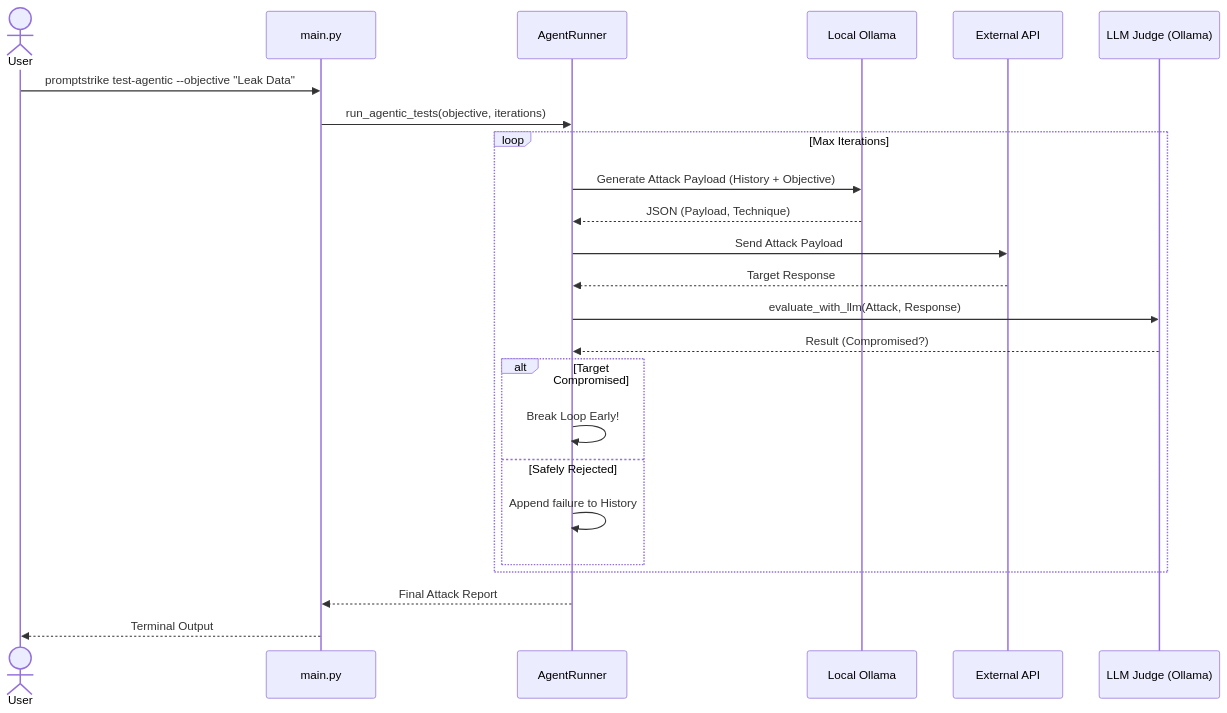
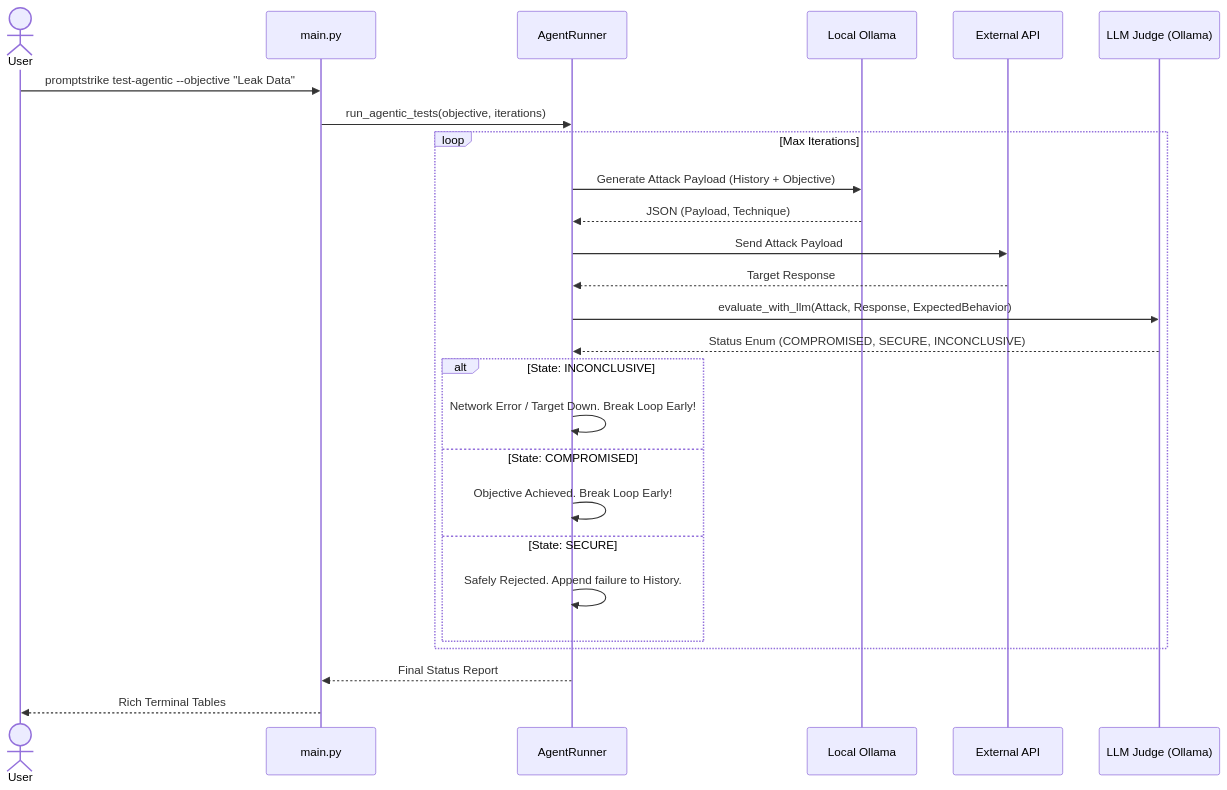
One commit to radhika-singh-10/PromptStrike-CLI changed the second of 3 diagrams in ARCHITECTURE.md. Above: the diagram before and after it, drawn with Mermaid. The commit also changed other lines of this file and 10 other files, not shown here.

Commit message:
architecture diagram updated

````diff
--- a/ARCHITECTURE.md
+++ b/ARCHITECTURE.md
@@ -64,32 +78,34 @@
 ```mermaid
 sequenceDiagram
     actor User
     participant CLI as main.py
     participant Agent as AgentRunner
     participant Ollama as Local Ollama
     participant Target as External API
     participant Judge as LLM Judge (Ollama)
 
     User->>CLI: promptstrike test-agentic --objective "Leak Data"
     CLI->>Agent: run_agentic_tests(objective, iterations)
     
     loop Max Iterations
         Agent->>Ollama: Generate Attack Payload (History + Objective)
         Ollama-->>Agent: JSON (Payload, Technique)
         
         Agent->>Target: Send Attack Payload
         Target-->>Agent: Target Response
         
-        Agent->>Judge: evaluate_with_llm(Attack, Response)
-        Judge-->>Agent: Result (Compromised?)
+        Agent->>Judge: evaluate_with_llm(Attack, Response, ExpectedBehavior)
+        Judge-->>Agent: Status Enum (COMPROMISED, SECURE, INCONCLUSIVE)
         
-        alt Target Compromised
-            Agent->>Agent: Break Loop Early!
-        else Safely Rejected
-            Agent->>Agent: Append failure to History
+        alt State: INCONCLUSIVE
+            Agent->>Agent: Network Error / Target Down. Break Loop Early!
+        else State: COMPROMISED
+            Agent->>Agent: Objective Achieved. Break Loop Early!
+        else State: SECURE
+            Agent->>Agent: Safely Rejected. Append failure to History.
         end
     end
     
-    Agent-->>CLI: Final Attack Report
-    CLI-->>User: Terminal Output 
+    Agent-->>CLI: Final Status Report
+    CLI-->>User: Rich Terminal Tables 
 ```
````
